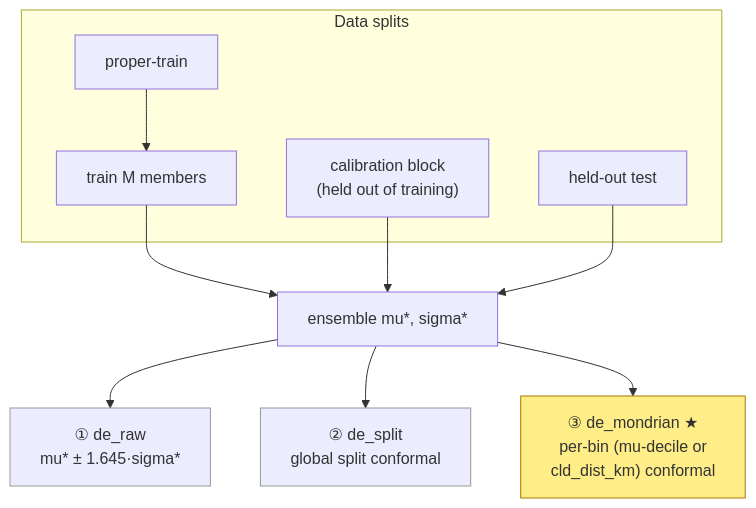
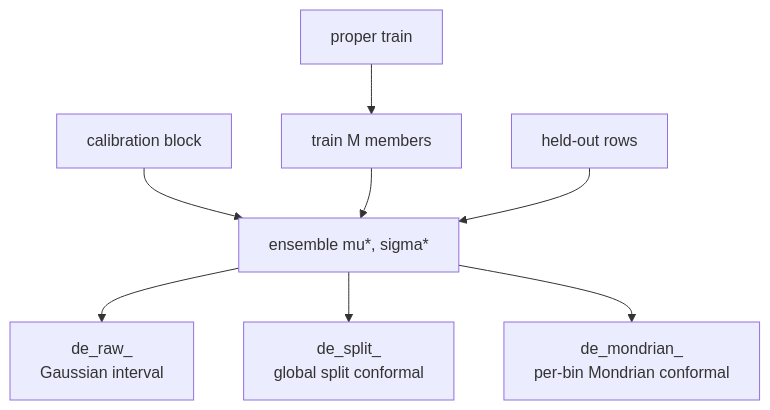
Before and after one commit to ywchen-tw/OCO_spectral_mitigation: the third of 3 diagrams in src/models/deep_ensemble_ARCHITECTURE.md, drawn with Mermaid. The commit also changed other lines of this file and 3 other files, not shown here.

Commit message:
Update TCCON report styling and deep ensemble figure

````diff
--- a/src/models/deep_ensemble_ARCHITECTURE.md
+++ b/src/models/deep_ensemble_ARCHITECTURE.md
@@ -91,20 +149,11 @@
 ```mermaid
 flowchart TB
-    subgraph data["Data splits"]
-      TR["proper-train"] --> FIT["train M members"]
-      CAL["calibration block<br/>(held out of training)"]
-      TE["held-out test"]
-    end
+    TR["proper train"] --> FIT["train M members"]
+    CAL["calibration block"] --> ENS["ensemble mu*, sigma*"]
+    FIT --> ENS
+    HELD["held-out rows"] --> ENS
 
-    FIT --> ENS["ensemble mu*, sigma*"]
-    CAL --> ENS
-    TE --> ENS
-
-    ENS --> RAW["① de_raw<br/>mu* ± 1.645·sigma*"]
-    ENS --> SPLIT["② de_split<br/>global split conformal"]
-    ENS --> MOND["③ de_mondrian ★<br/>per-bin (mu-decile or<br/>cld_dist_km) conformal"]
-
-    style MOND fill:#fe8,stroke:#a70
-    style RAW stroke:#999
-    style SPLIT stroke:#999
+    ENS --> RAW["de_raw_<split><br/>Gaussian interval"]
+    ENS --> SPLIT["de_split_<split><br/>global split conformal"]
+    ENS --> MOND["de_mondrian_<split><br/>per-bin Mondrian conformal"]
 ```
````
